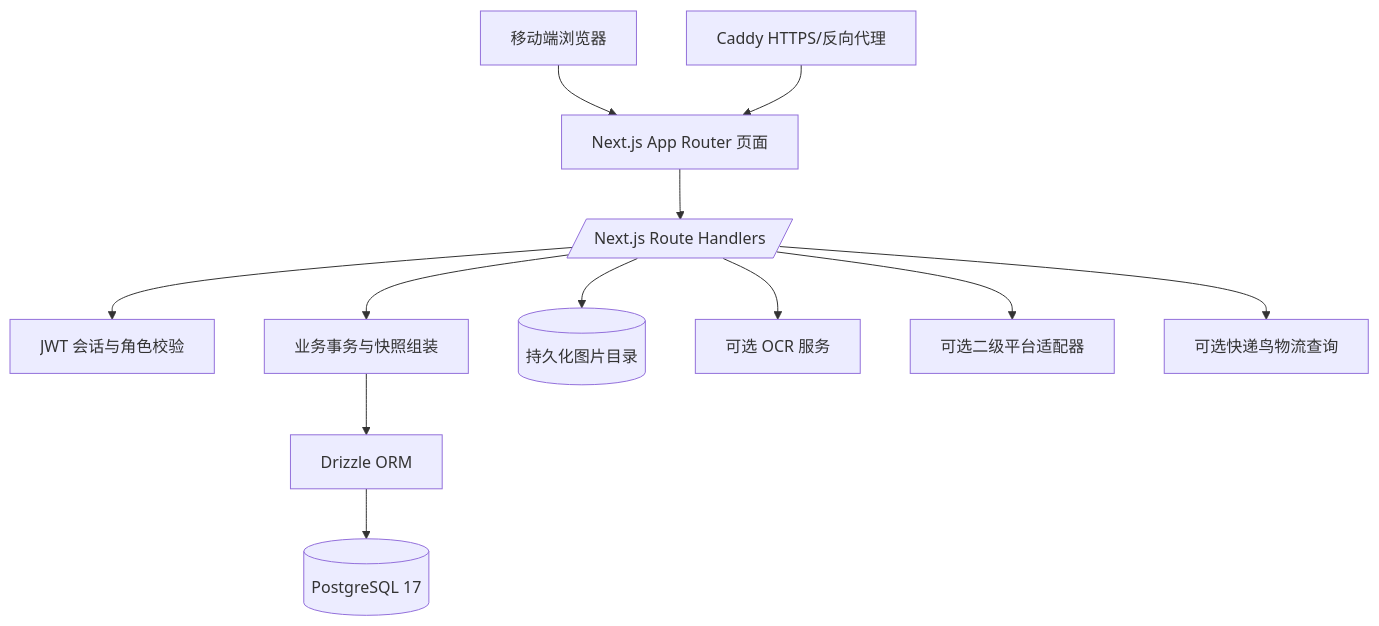
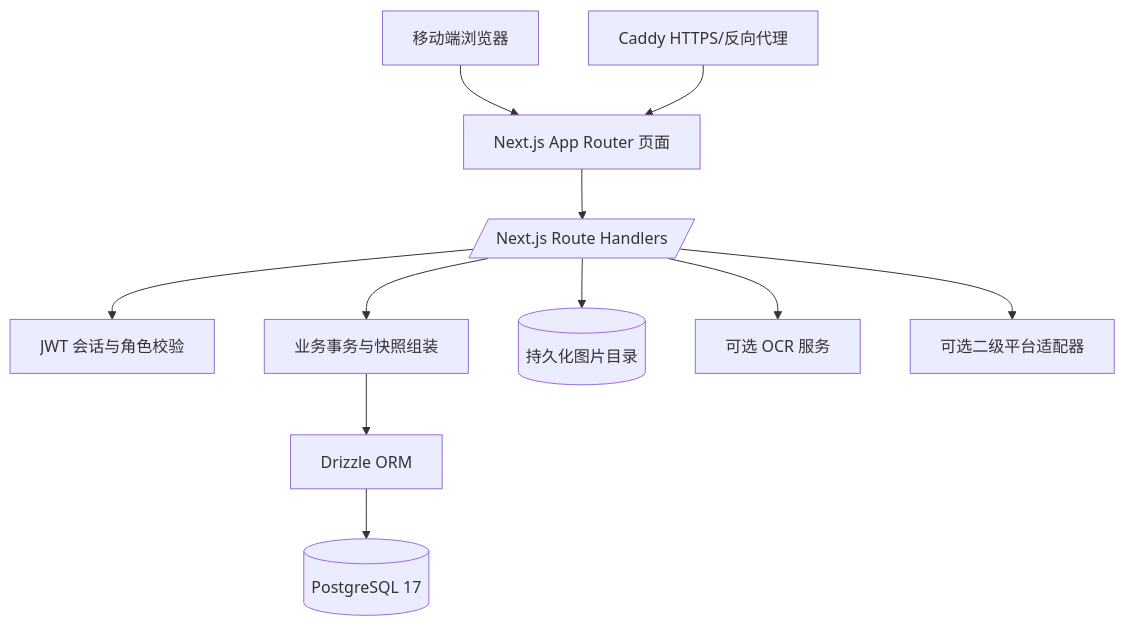
The third of 5 diagrams in docs/系统知识库.md (JJgitt/JunJunOrder), drawn with Mermaid before and after one commit. The commit also changed other lines of this file and 11 other files, not shown here.

````diff
--- a/docs/系统知识库.md
+++ b/docs/系统知识库.md
@@ -162,14 +162,13 @@
 ```mermaid
 flowchart TB
     Browser[移动端浏览器] --> Pages[Next.js App Router 页面]
     Pages --> Api[/Next.js Route Handlers/]
     Api --> Auth[JWT 会话与角色校验]
     Api --> Domain[业务事务与快照组装]
     Domain --> Drizzle[Drizzle ORM]
     Drizzle --> PostgreSQL[(PostgreSQL 17)]
     Api --> Files[(持久化图片目录)]
     Api --> OCR[可选 OCR 服务]
     Api --> Dewu[可选二级平台适配器]
-    Api --> Kdniao[可选快递鸟物流查询]
     Caddy[Caddy HTTPS/反向代理] --> Pages
 ```
````
